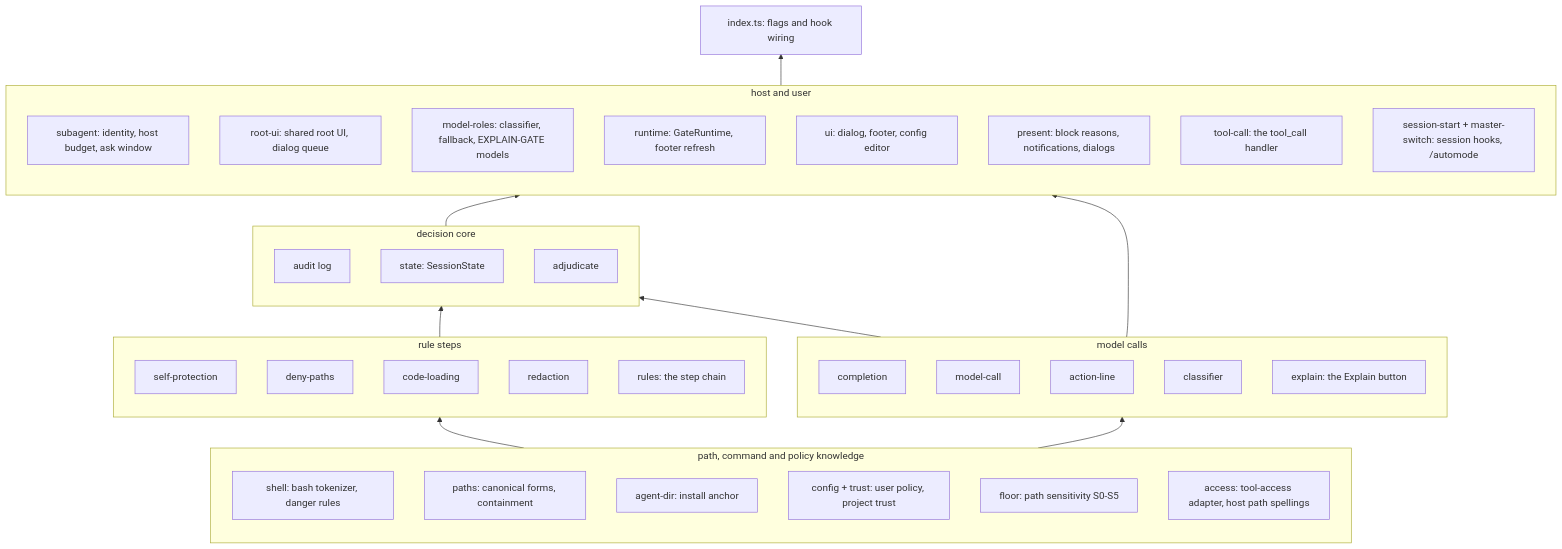
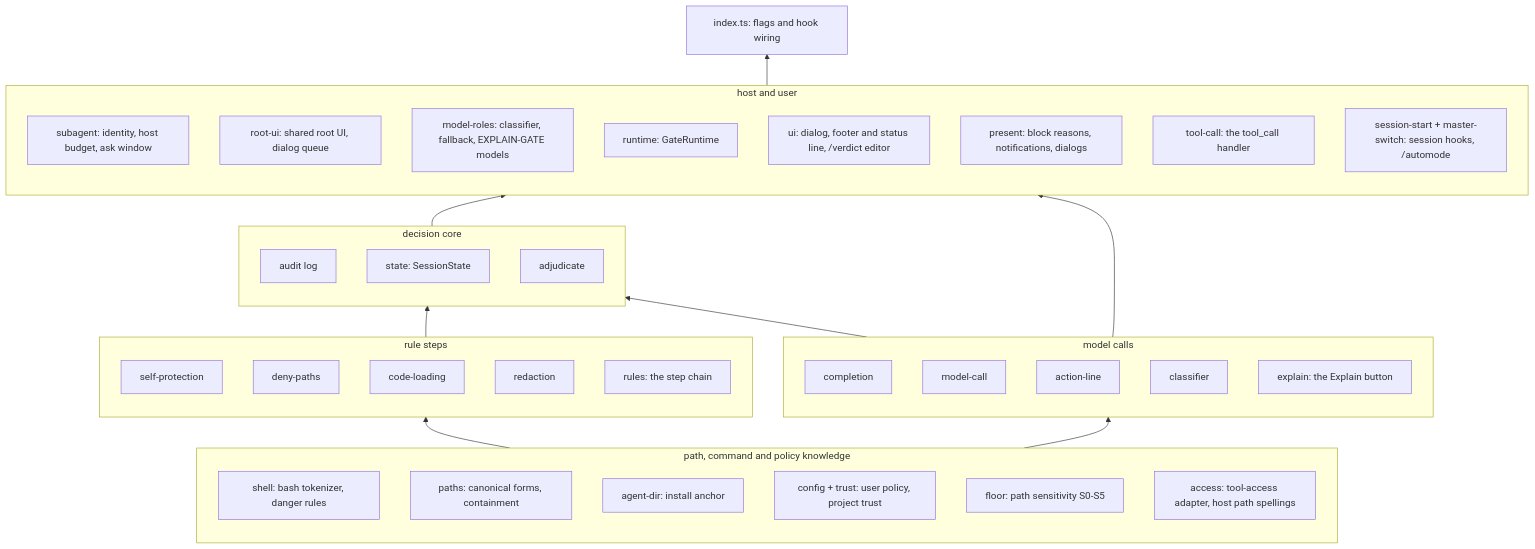
One commit to jonatsu/pi-verdict changed the fifth of 5 diagrams in docs/architecture.md. Above: the diagram before and after it, drawn with Mermaid. The commit also changed other lines of this file, not shown here.

First line of the commit message:
docs(architecture): rewrap the module-map note and follow review fixes

````diff
--- a/docs/architecture.md
+++ b/docs/architecture.md
@@ -193,48 +195,48 @@
 ```mermaid
 flowchart BT
   subgraph knowledge [path, command and policy knowledge]
     shell[shell: bash tokenizer, danger rules]
     paths[paths: canonical forms, containment]
     agentdir[agent-dir: install anchor]
     config[config + trust: user policy, project trust]
     floor[floor: path sensitivity S0-S5]
     access[access: tool-access adapter, host path spellings]
   end
   subgraph layers [rule steps]
     self[self-protection]
     denyp[deny-paths]
     codeload[code-loading]
     redaction[redaction]
     rules[rules: the step chain]
   end
   subgraph model [model calls]
     completion[completion]
     modelcall[model-call]
     actionline[action-line]
     classifier[classifier]
     explain[explain: the Explain button]
   end
   subgraph core [decision core]
     audit[audit log]
     state[state: SessionState]
     adjudicate[adjudicate]
   end
   subgraph host [host and user]
     subagent[subagent: identity, host budget, ask window]
     rootui[root-ui: shared root UI, dialog queue]
     roles[model-roles: classifier, fallback, EXPLAIN-GATE models]
-    runtime[runtime: GateRuntime, footer refresh]
-    ui[ui: dialog, footer, config editor]
+    runtime[runtime: GateRuntime]
+    ui[ui: dialog, footer and status line, /verdict editor]
     present[present: block reasons, notifications, dialogs]
     toolcall[tool-call: the tool_call handler]
     session[session-start + master-switch: session hooks, /automode]
   end
   index[index.ts: flags and hook wiring]
   knowledge --> layers
   knowledge --> model
   layers --> core
   model --> core
   core --> host
   model --> host
   host --> index
 ```
````
